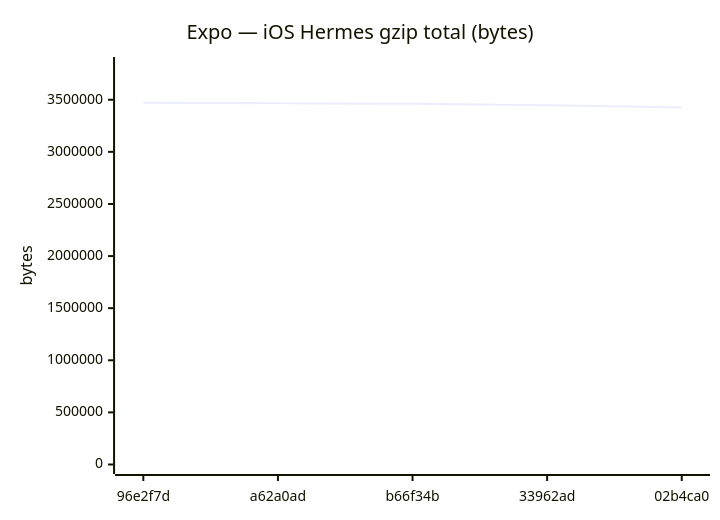
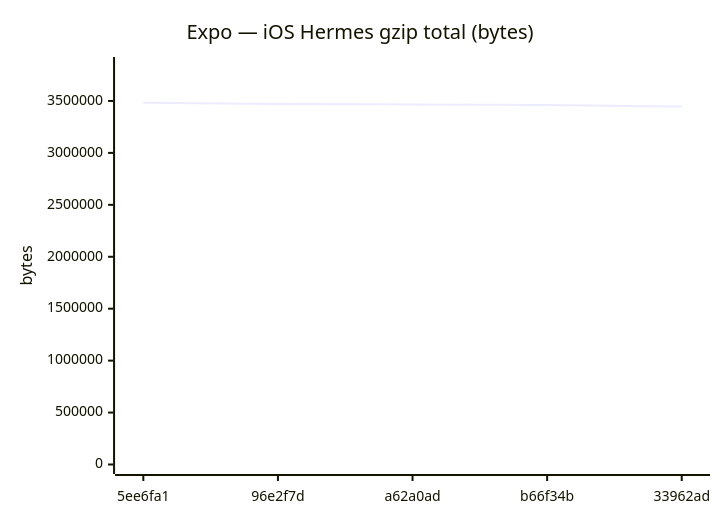
Diagram 12 of 18 in benchmarks/compare.md (Metaheurist/Rianell), drawn with Mermaid before and after one commit. The commit also changed other lines of this file and 11 other files, not shown here.

````diff
--- a/benchmarks/compare.md
+++ b/benchmarks/compare.md
@@ -179,7 +179,7 @@
 ```mermaid
 xychart-beta
     title "Expo — iOS Hermes gzip total (bytes)"
-    x-axis ["96e2f7d", "a62a0ad", "b66f34b", "33962ad", "02b4ca0"]
-    y-axis "bytes" 0 --> 3819054
-    line [3471867, 3466755, 3460455, 3446796, 3426562]
+    x-axis ["5ee6fa1", "96e2f7d", "a62a0ad", "b66f34b", "33962ad"]
+    y-axis "bytes" 0 --> 3831733
+    line [3483393, 3471867, 3466755, 3460455, 3446796]
 ```
````
